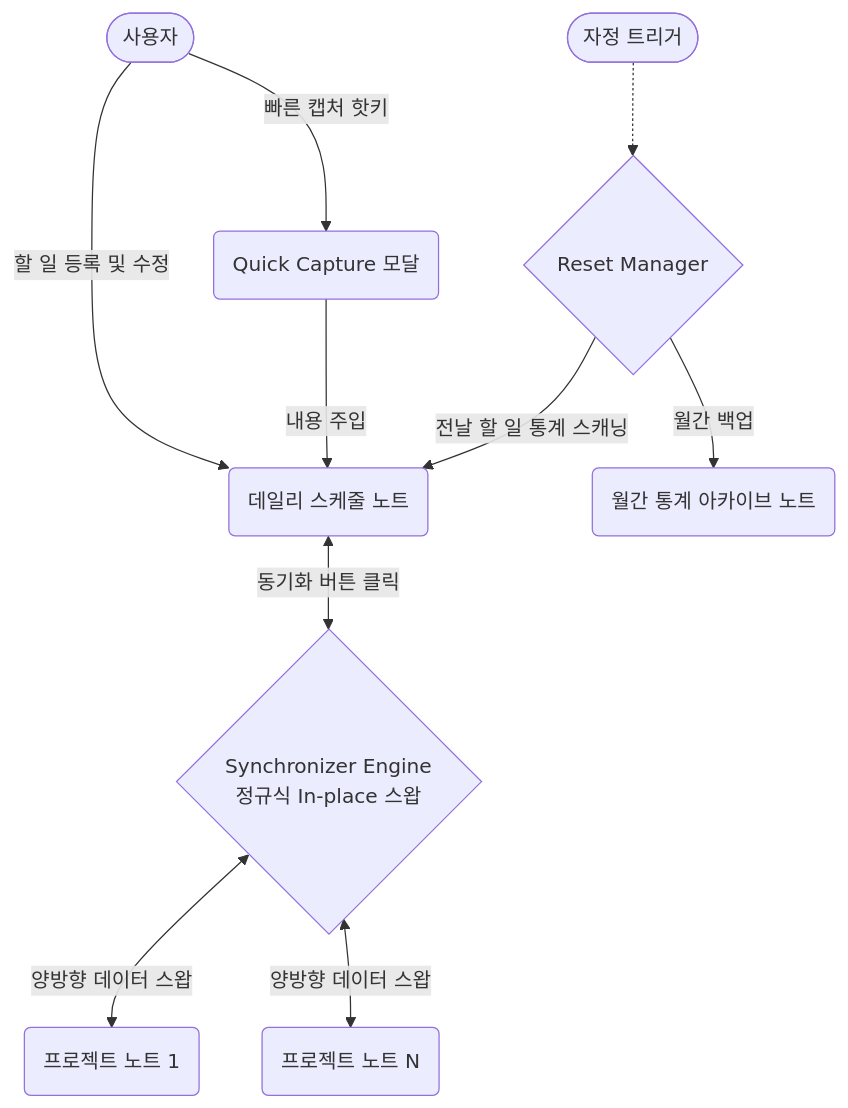
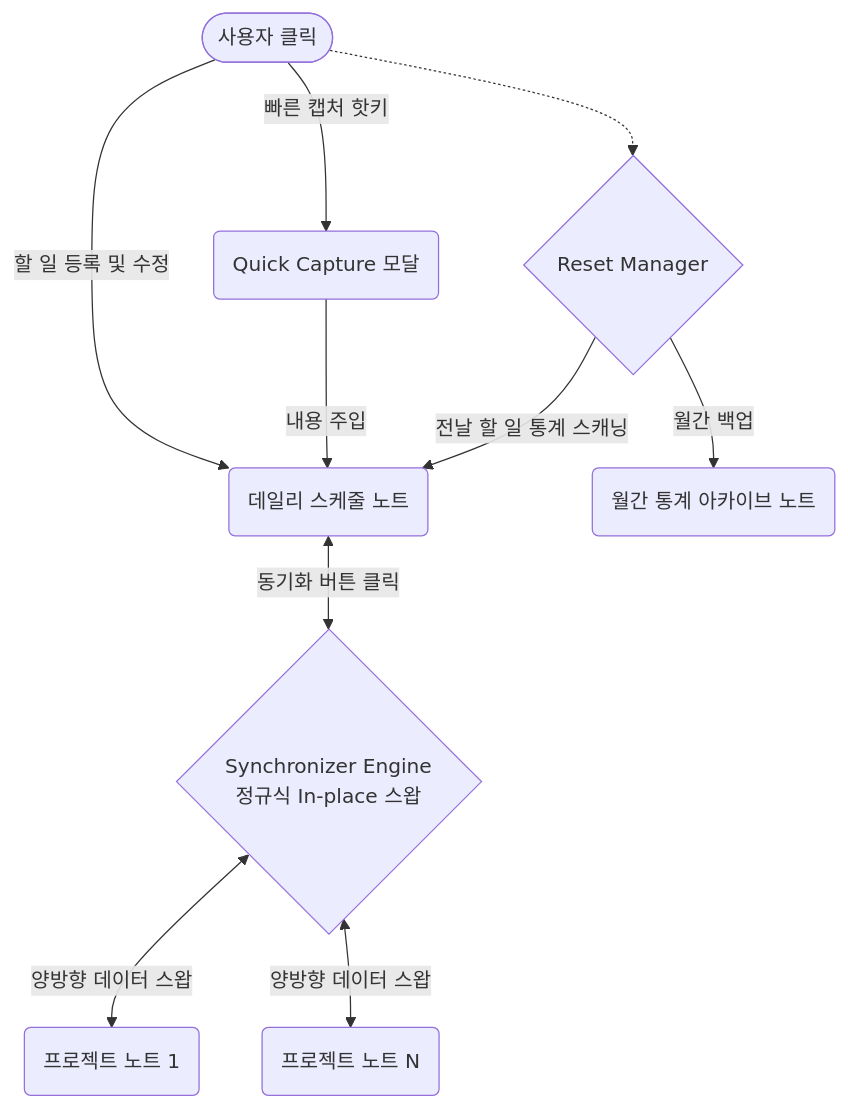
One commit to KJH-Portfolio/202604-obsidian-task-manager changed the diagram in Readme_portfolio.md. Above: the diagram before and after it, drawn with Mermaid. The commit also changed other lines of this file and 2 other files, not shown here.

````diff
--- a/Readme_portfolio.md
+++ b/Readme_portfolio.md
@@ -70,15 +70,15 @@
 ```mermaid
 flowchart TD
     User([사용자]) --> |할 일 등록 및 수정| DailyNote(데일리 스케줄 노트)
     User --> |빠른 캡처 핫키| Modal(Quick Capture 모달)
     Modal --> |내용 주입| DailyNote
     
     DailyNote <--> |동기화 버튼 클릭| Synchronizer{Synchronizer Engine<br>정규식 In-place 스왑}
     
     Synchronizer <--> |양방향 데이터 스왑| ProjectNote(프로젝트 노트 1)
     Synchronizer <--> |양방향 데이터 스왑| ProjectNoteN(프로젝트 노트 N)
     
-    Clock([자정 트리거]) -.-> ResetManager{Reset Manager}
+    User([사용자 클릭]) -.-> ResetManager{Reset Manager}
     ResetManager --> |전날 할 일 통계 스캐닝| DailyNote
     ResetManager --> |월간 백업| Archive(월간 통계 아카이브 노트)
 ```
````
